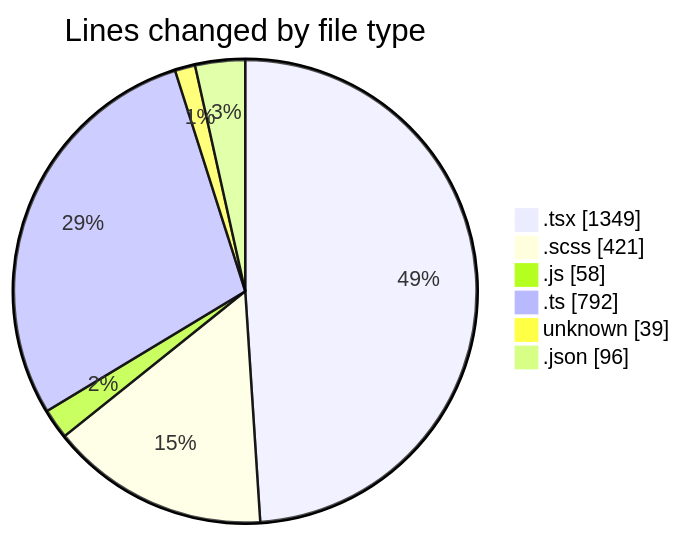
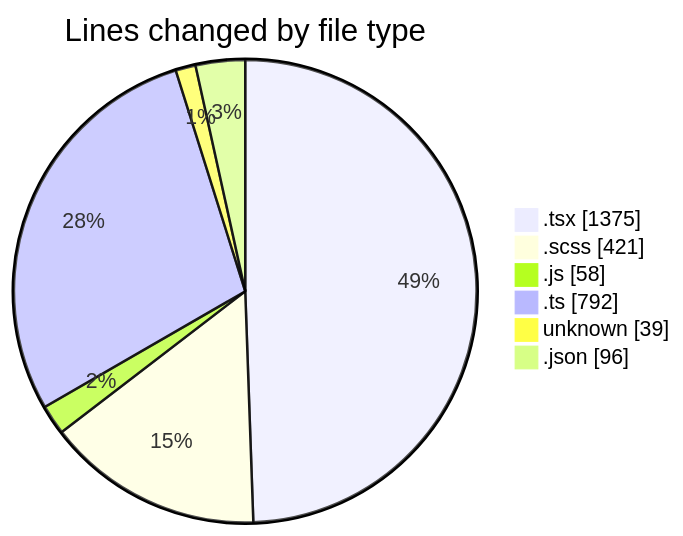
Before and after one commit to momahboobian/code-tracking: the first of 2 diagrams in 2025-05-02/cda/README.md, drawn with Mermaid. The commit also changed other lines of this file and 1 other file, not shown here.

````diff
--- a/2025-05-02/cda/README.md
+++ b/2025-05-02/cda/README.md
@@ -38,10 +38,10 @@
 ```mermaid
 pie showData
 title Lines changed by file type
-".tsx" : 1349
+".tsx" : 1375
 ".scss" : 421
 ".js" : 58
 ".ts" : 792
 "unknown" : 39
 ".json" : 96
 ```
````
